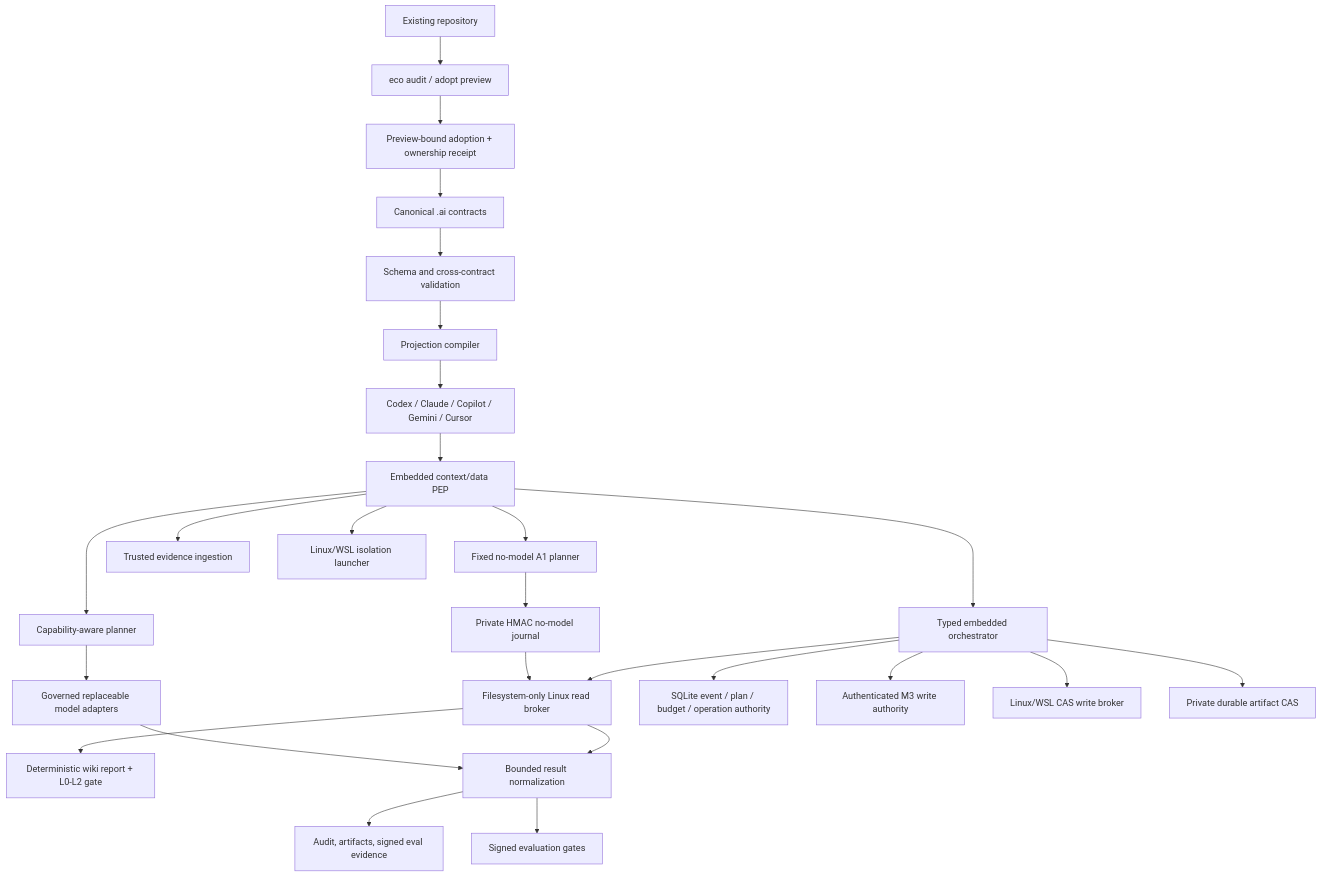
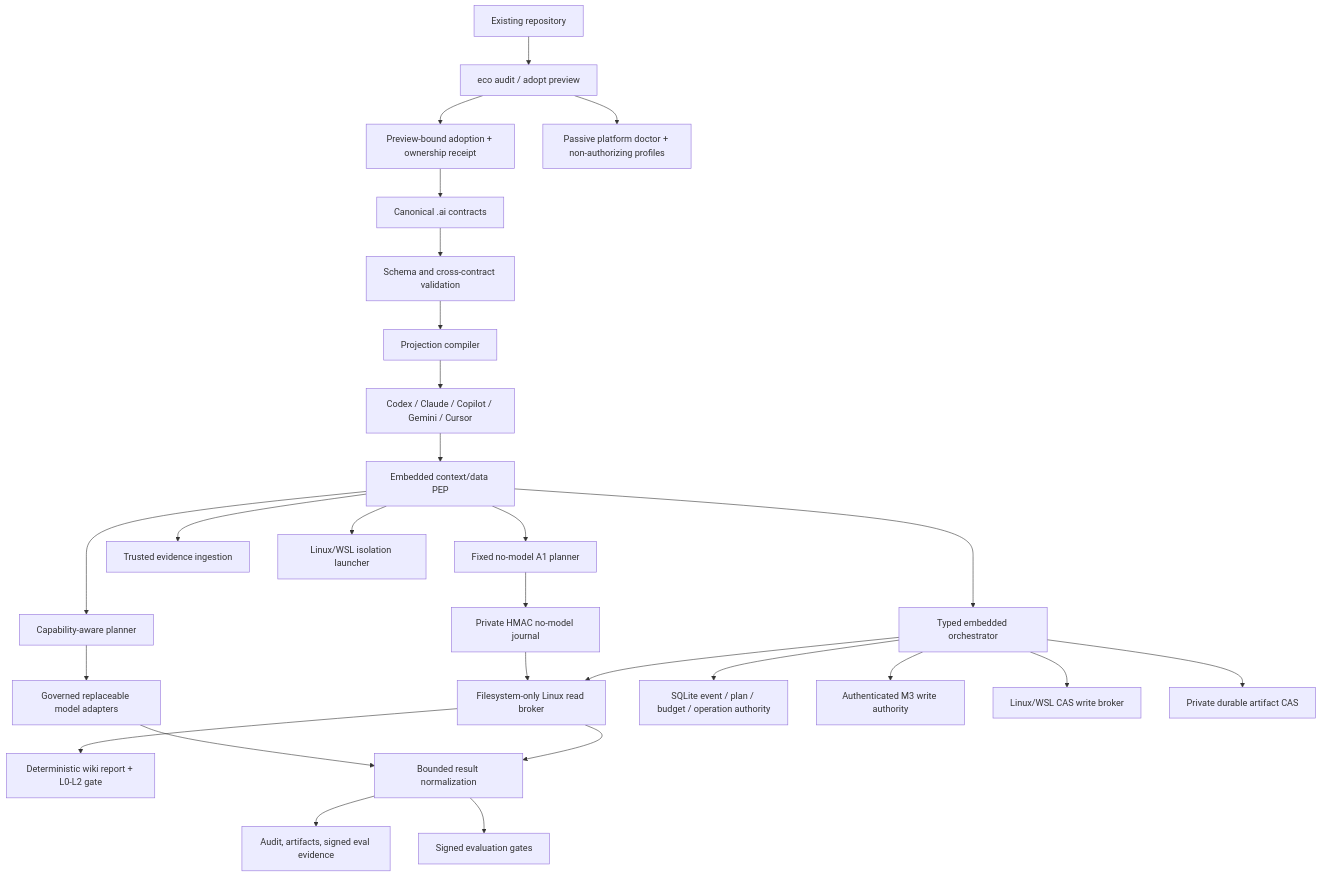
Before and after one commit to cyberdid/ecosystem: the diagram in docs/architecture/README.md, drawn with Mermaid. The commit also changed other lines of this file and 24 other files, not shown here.

Commit message:
feat: add passive platform conformance profiles

````diff
--- a/docs/architecture/README.md
+++ b/docs/architecture/README.md
@@ -9,29 +9,30 @@
 ```mermaid
 flowchart TB
     R["Existing repository"] --> A["eco audit / adopt preview"]
     A --> AP["Preview-bound adoption + ownership receipt"]
     AP --> C["Canonical .ai contracts"]
+    A --> PLATFORM["Passive platform doctor + non-authorizing profiles"]
     C --> V["Schema and cross-contract validation"]
     V --> P["Projection compiler"]
     P --> H["Codex / Claude / Copilot / Gemini / Cursor"]
 
     H --> DPEP["Embedded context/data PEP"]
     DPEP --> ROUTER["Capability-aware planner"]
     ROUTER --> ADAPTERS["Governed replaceable model adapters"]
     DPEP --> ORCH["Typed embedded orchestrator"]
     DPEP --> NOMODEL["Fixed no-model A1 planner"]
     NOMODEL --> NMJOURNAL["Private HMAC no-model journal"]
     NMJOURNAL --> BROKER
     BROKER --> NMEVAL["Deterministic wiki report + L0-L2 gate"]
     ORCH --> STORE["SQLite event / plan / budget / operation authority"]
     ORCH --> BROKER["Filesystem-only Linux read broker"]
     ORCH --> WRITEAUTH["Authenticated M3 write authority"]
     ORCH --> WRITEBROKER["Linux/WSL CAS write broker"]
     ORCH --> CAS["Private durable artifact CAS"]
     DPEP --> EVIDENCE["Trusted evidence ingestion"]
     DPEP --> ISOLATION["Linux/WSL isolation launcher"]
     ADAPTERS --> OUT["Bounded result normalization"]
     BROKER --> OUT
     OUT --> AUDIT["Audit, artifacts, signed eval evidence"]
     OUT --> EVAL["Signed evaluation gates"]
 ```
````
